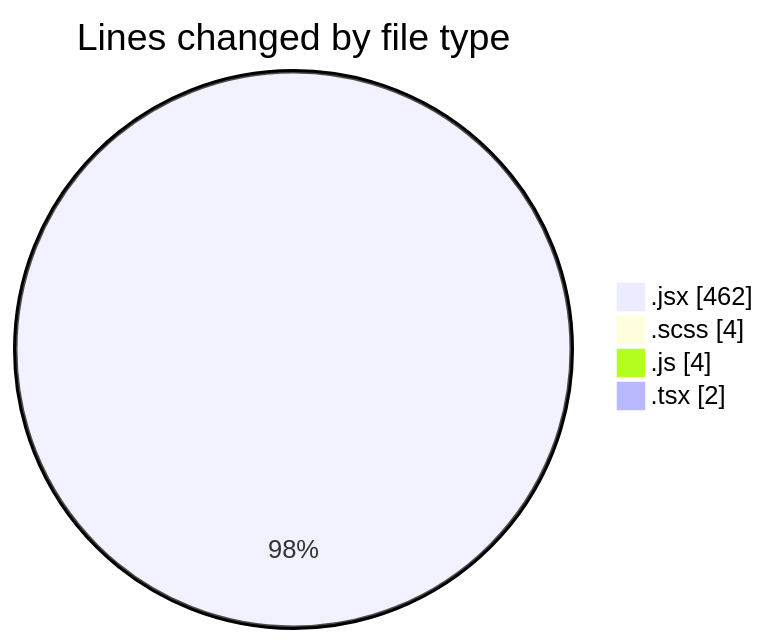
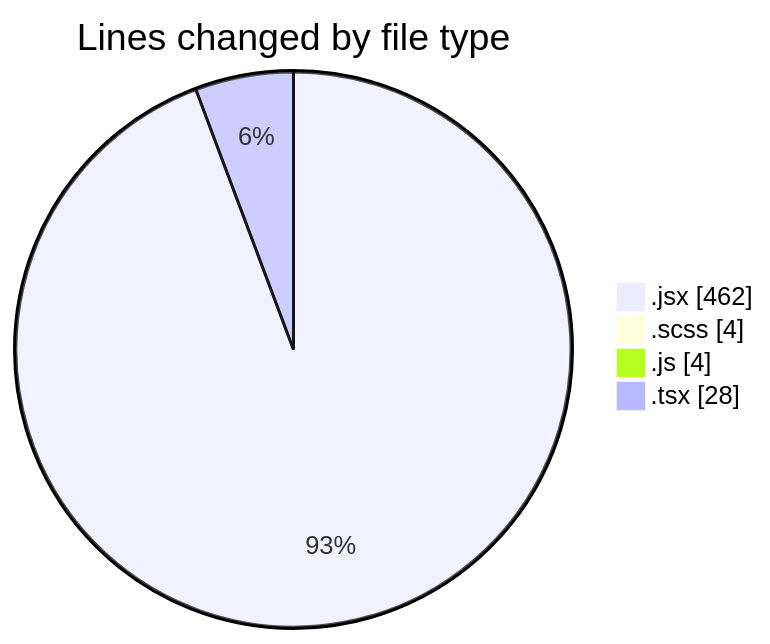
One commit to momahboobian/code-tracking changed the first of 2 diagrams in 2025-06-04/cda/README.md. Above: the diagram before and after it, drawn with Mermaid. The commit also changed other lines of this file and 1 other file, not shown here.

````diff
--- a/2025-06-04/cda/README.md
+++ b/2025-06-04/cda/README.md
@@ -24,8 +24,8 @@
 ```mermaid
 pie showData
 title Lines changed by file type
 ".jsx" : 462
 ".scss" : 4
 ".js" : 4
-".tsx" : 2
+".tsx" : 28
 ```
````
